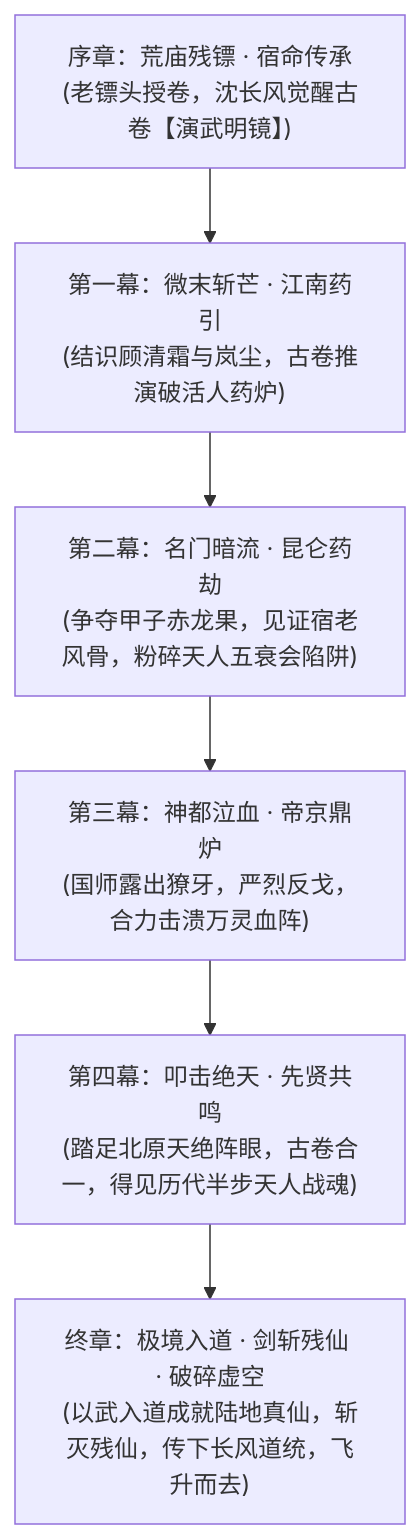
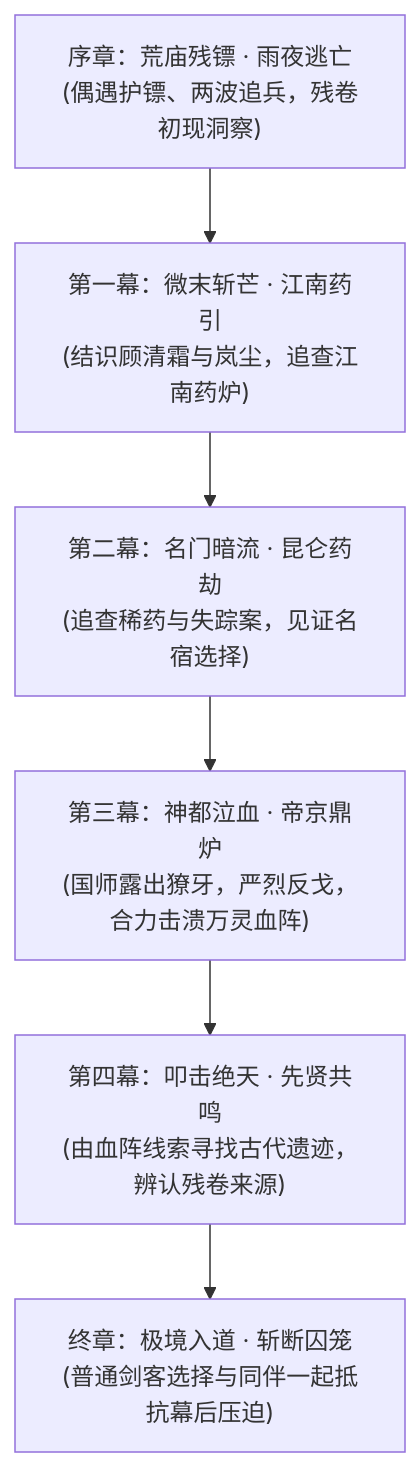
The diagram in docs/game-design/03-main-storyline.md (yup-21/game-dev), drawn with Mermaid before and after one commit. The commit also changed other lines of this file and 42 other files, not shown here.

````diff
--- a/docs/game-design/03-main-storyline.md
+++ b/docs/game-design/03-main-storyline.md
@@ -9,8 +11,8 @@
 ```mermaid
 flowchart TD
-    P["序章：荒庙残镖 · 宿命传承\n(老镖头授卷，沈长风觉醒古卷【演武明镜】)"] --> Act1["第一幕：微末斩芒 · 江南药引\n(结识顾清霜与岚尘，古卷推演破活人药炉)"]
-    Act1 --> Act2["第二幕：名门暗流 · 昆仑药劫\n(争夺甲子赤龙果，见证宿老风骨，粉碎天人五衰会陷阱)"]
+    P["序章：荒庙残镖 · 雨夜逃亡\n(偶遇护镖、两波追兵，残卷初现洞察)"] --> Act1["第一幕：微末斩芒 · 江南药引\n(结识顾清霜与岚尘，追查江南药炉)"]
+    Act1 --> Act2["第二幕：名门暗流 · 昆仑药劫\n(追查稀药与失踪案，见证名宿选择)"]
     Act2 --> Act3["第三幕：神都泣血 · 帝京鼎炉\n(国师露出獠牙，严烈反戈，合力击溃万灵血阵)"]
-    Act3 --> Act4["第四幕：叩击绝天 · 先贤共鸣\n(踏足北原天绝阵眼，古卷合一，得见历代半步天人战魂)"]
-    Act4 --> Act5["终章：极境入道 · 剑斩残仙 · 破碎虚空\n(以武入道成就陆地真仙，斩灭残仙，传下长风道统，飞升而去)"]
+    Act3 --> Act4["第四幕：叩击绝天 · 先贤共鸣\n(由血阵线索寻找古代遗迹，辨认残卷来源)"]
+    Act4 --> Act5["终章：极境入道 · 斩断囚笼\n(普通剑客选择与同伴一起抵抗幕后压迫)"]
 ```
````
